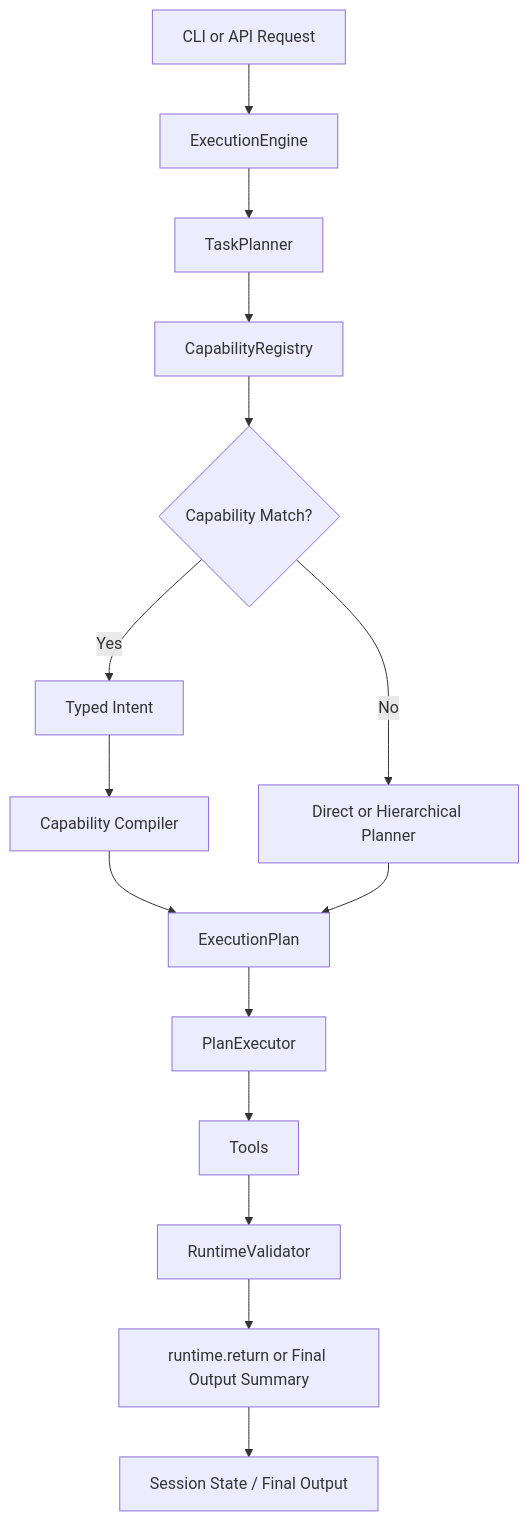
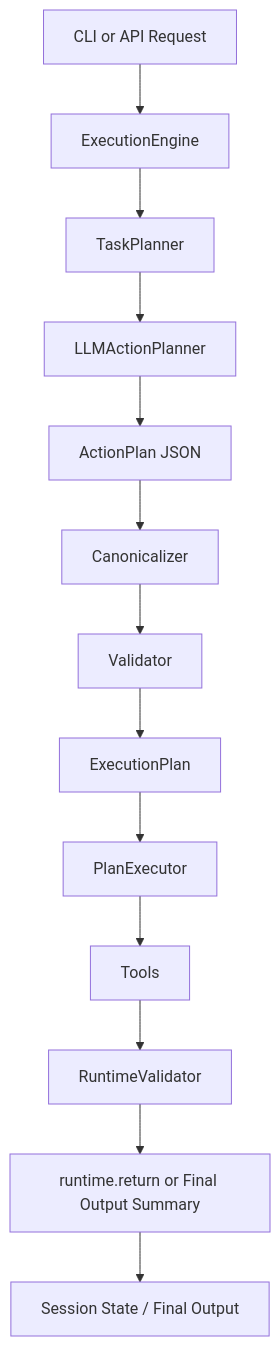
Before and after one commit to vinithbraj/openfabric: the first of 5 diagrams in docs/MERMAID_DIAGRAMS.md, drawn with Mermaid. The commit also changed other lines of this file and 41 other files, not shown here.

````diff
--- a/docs/MERMAID_DIAGRAMS.md
+++ b/docs/MERMAID_DIAGRAMS.md
@@ -5,17 +5,15 @@
 ```mermaid
 flowchart TD
     A[CLI or API Request] --> B[ExecutionEngine]
     B --> C[TaskPlanner]
-    C --> D[CapabilityRegistry]
-    D --> E{Capability Match?}
-    E -- Yes --> F[Typed Intent]
-    F --> G[Capability Compiler]
+    C --> D[LLMActionPlanner]
+    D --> E[ActionPlan JSON]
+    E --> F[Canonicalizer]
+    F --> G[Validator]
     G --> H[ExecutionPlan]
-    E -- No --> I[Direct or Hierarchical Planner]
-    I --> H
-    H --> J[PlanExecutor]
-    J --> K[Tools]
-    K --> L[RuntimeValidator]
-    L --> M[runtime.return or Final Output Summary]
-    M --> N[Session State / Final Output]
+    H --> I[PlanExecutor]
+    I --> J[Tools]
+    J --> K[RuntimeValidator]
+    K --> L[runtime.return or Final Output Summary]
+    L --> M[Session State / Final Output]
 ```
````
